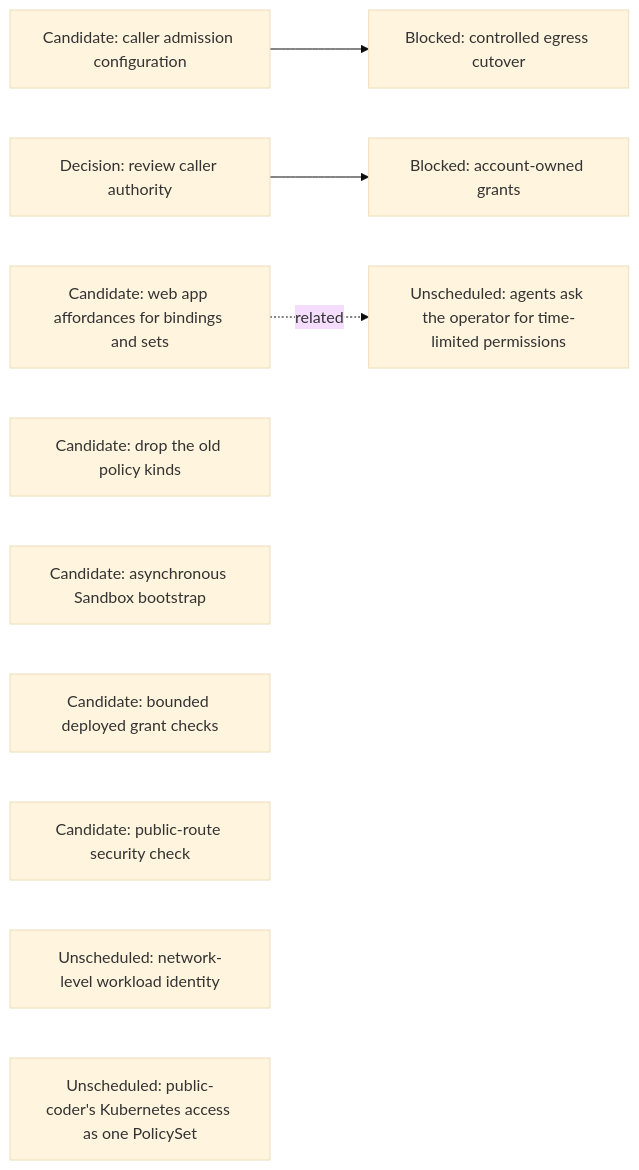
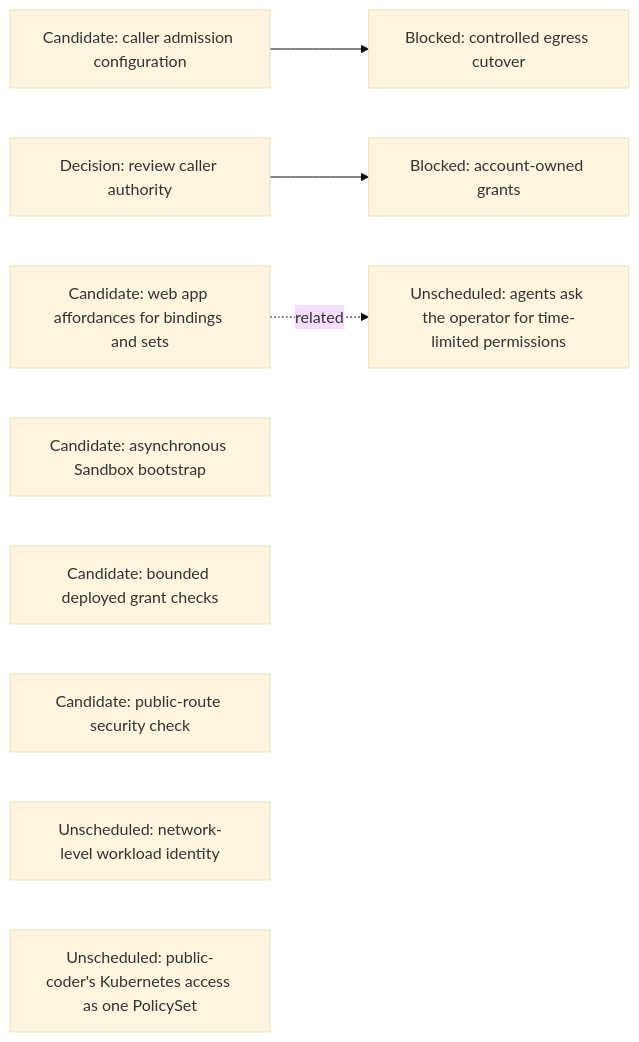
Before and after one commit to agentydragon-agent/ducktape: the eighth of 15 diagrams in agentplane/plans/task_dag.md, drawn with Mermaid (base theme). The commit also changed other lines of this file and 20 other files, not shown here.

````diff
--- a/agentplane/plans/task_dag.md
+++ b/agentplane/plans/task_dag.md
@@ -519,14 +519,13 @@
 ```mermaid
 flowchart LR
     PC_EGRESS_CREDENTIALS[Candidate: caller admission configuration] --> PC_EGRESS[Blocked: controlled egress cutover]
     CLAUDE_AI_SA[Decision: review caller authority] --> MANAGED_SA_RBAC[Blocked: account-owned grants]
     POLICY_RUNTIME_GRANTS[Candidate: web app affordances for bindings and sets]
     AGENT_PERMISSION_REQUESTS[Unscheduled: agents ask the operator for time-limited permissions]
     POLICY_RUNTIME_GRANTS -. related .-> AGENT_PERMISSION_REQUESTS
-    OLD_POLICY_KINDS_DROP[Candidate: drop the old policy kinds]
     BOOTSTRAP_PROGRESS_CONTRACT[Candidate: asynchronous Sandbox bootstrap]
     SANDBOX_RBAC[Candidate: bounded deployed grant checks]
     NOTIFICATION_INGRESS_BOUNDARY[Candidate: public-route security check]
     NETWORK_WORKLOAD_IDENTITY[Unscheduled: network-level workload identity]
     PC_KUBERNETES_POLICY_SET[Unscheduled: public-coder's Kubernetes access as one PolicySet]
 ```
````
